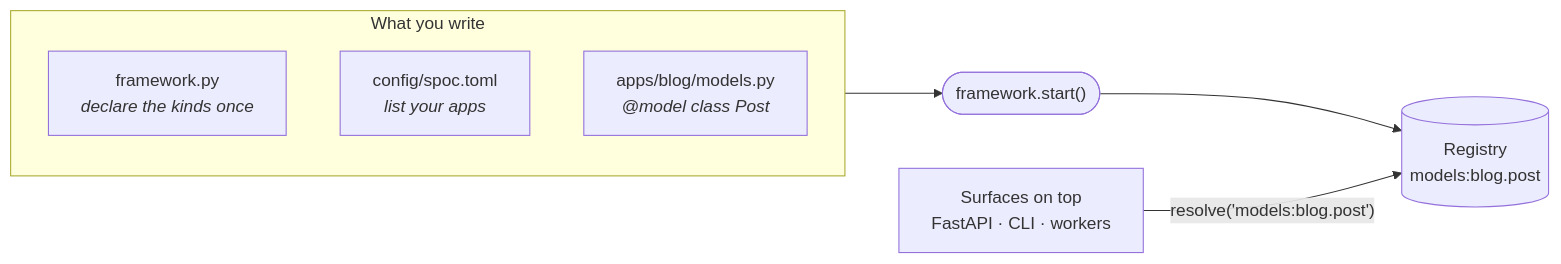
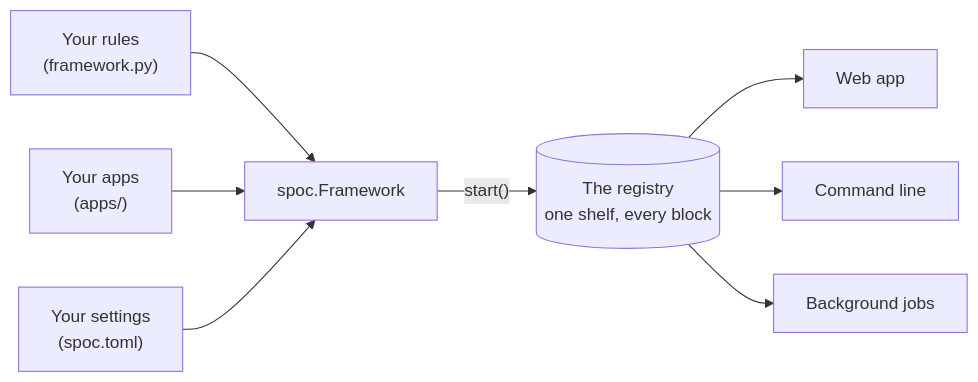
Before and after one commit to hlop3z/spoc: the diagram in docs/docs/index.md, drawn with Mermaid. The commit also changed other lines of this file and 31 other files, not shown here.

````diff
--- a/docs/docs/index.md
+++ b/docs/docs/index.md
@@ -21,16 +21,10 @@
 ```mermaid
 flowchart LR
-    subgraph project ["What you write"]
-        direction TB
-        fw["framework.py<br/><i>declare the kinds once</i>"]
-        toml["config/spoc.toml<br/><i>list your apps</i>"]
-        app["apps/blog/models.py<br/><i>@model class Post</i>"]
-    end
-
-    boot(["framework.start()"])
-    reg[("Registry<br/>models:blog.post")]
-    surfaces["Surfaces on top<br/>FastAPI · CLI · workers"]
-
-    project --> boot --> reg
-    surfaces -- "resolve('models:blog.post')" --> reg
+    F["Your rules<br/>(framework.py)"] --> S["spoc.Framework"]
+    A["Your apps<br/>(apps/)"] --> S
+    T["Your settings<br/>(spoc.toml)"] --> S
+    S -- "start()" --> R[("The registry<br/>one shelf, every block")]
+    R --> H["Web app"]
+    R --> C["Command line"]
+    R --> W["Background jobs"]
 ```
````
